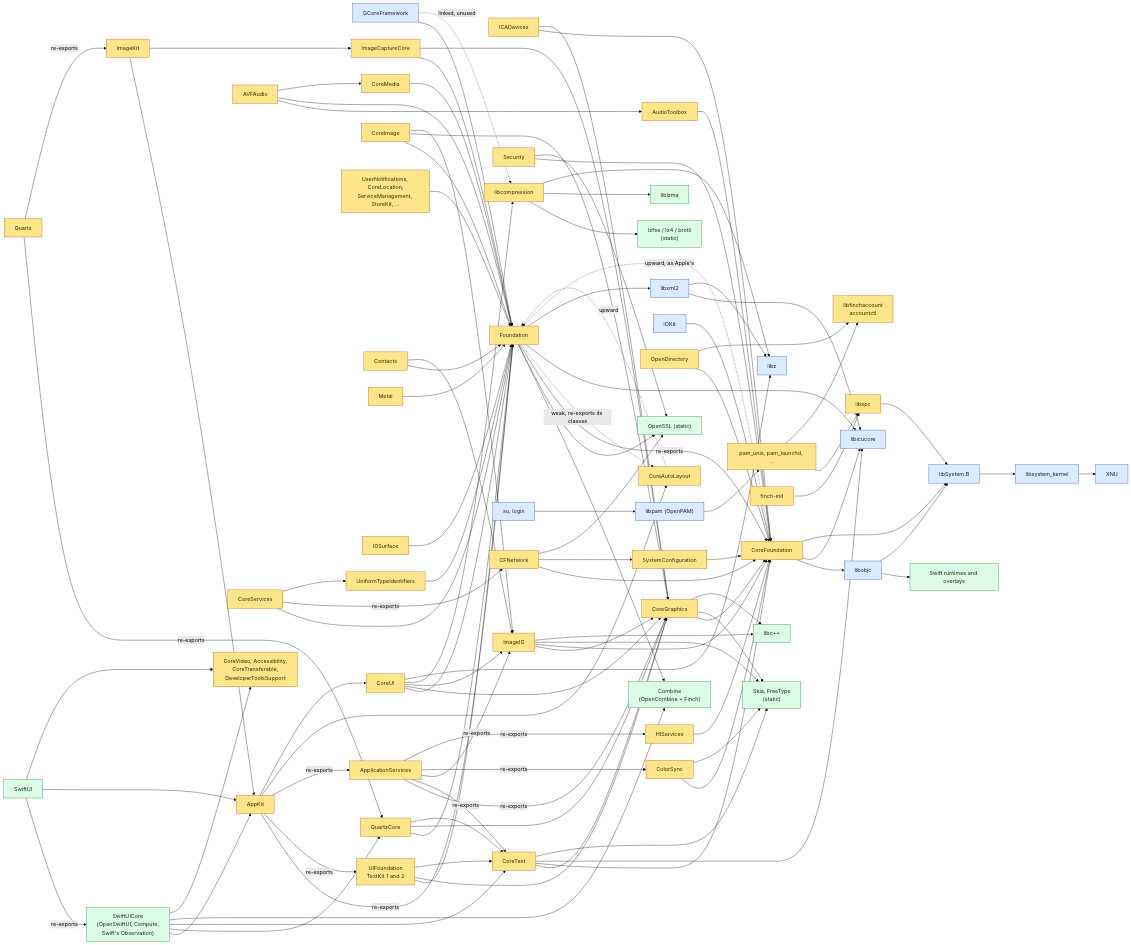
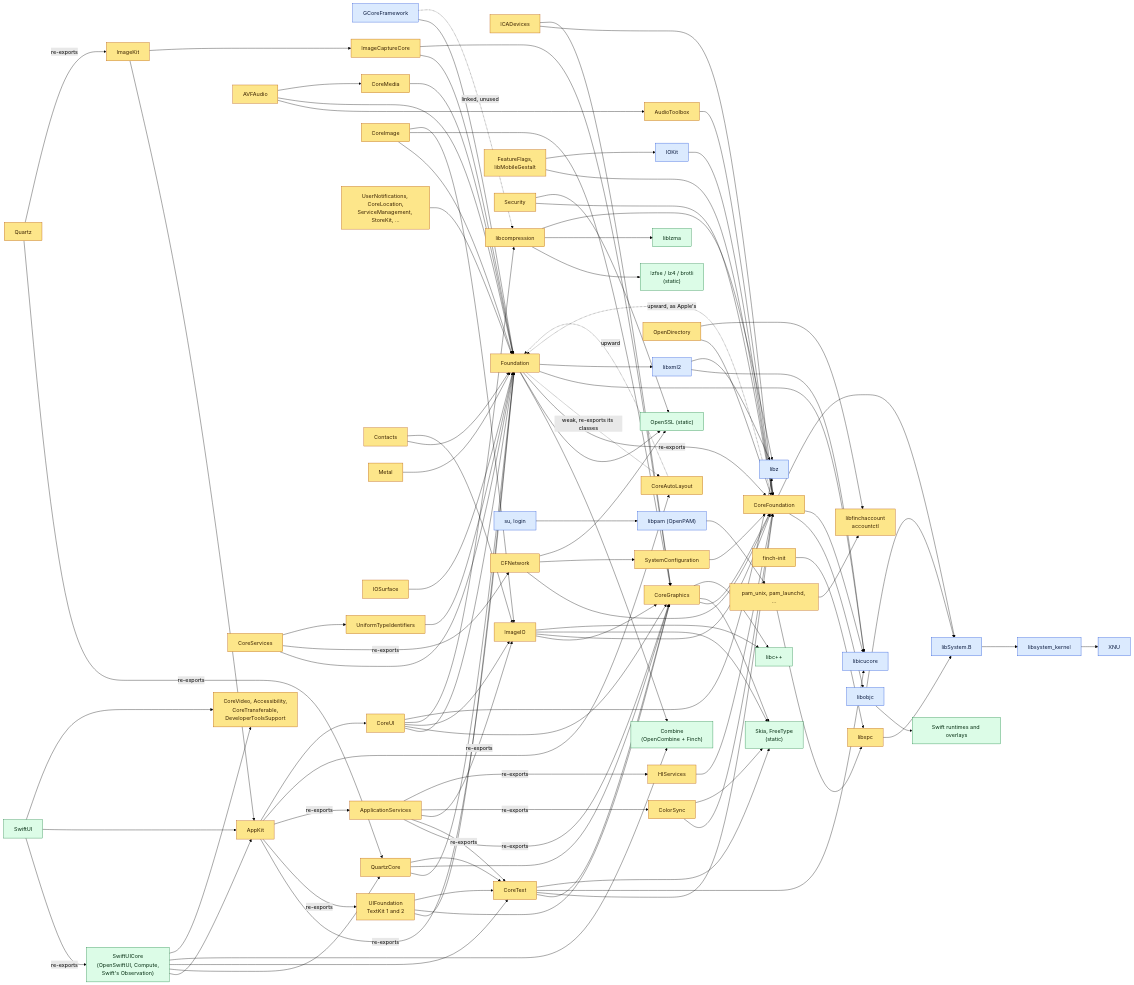
The second of 2 diagrams in docs/STACK.md (XSLabs/finch), drawn with Mermaid (forest theme) before and after one commit. The commit also changed other lines of this file and 12 other files, not shown here.

First line of the commit message:
FeatureFlags and libMobileGestalt: feature checks and a Mac's device answers

```diff
--- a/docs/STACK.md
+++ b/docs/STACK.md
@@ -263,6 +263,7 @@
     coremediafw["CoreMedia"]:::finch
     audiotoolbox["AudioToolbox"]:::finch
     avfaudio["AVFAudio"]:::finch
+    devicefw["FeatureFlags,<br/>libMobileGestalt"]:::finch
     colorsync["ColorSync"]:::finch
     hiservices["HIServices"]:::finch
     coreui["CoreUI"]:::finch
@@ -330,6 +331,8 @@
     avfaudio --> audiotoolbox
     avfaudio --> ffound
     avfaudio --> coremediafw
+    devicefw --> cf
+    devicefw --> iokit
     audiotoolbox --> cf
     coreimagefw --> ffound
     coreimagefw --> cgfw
```
